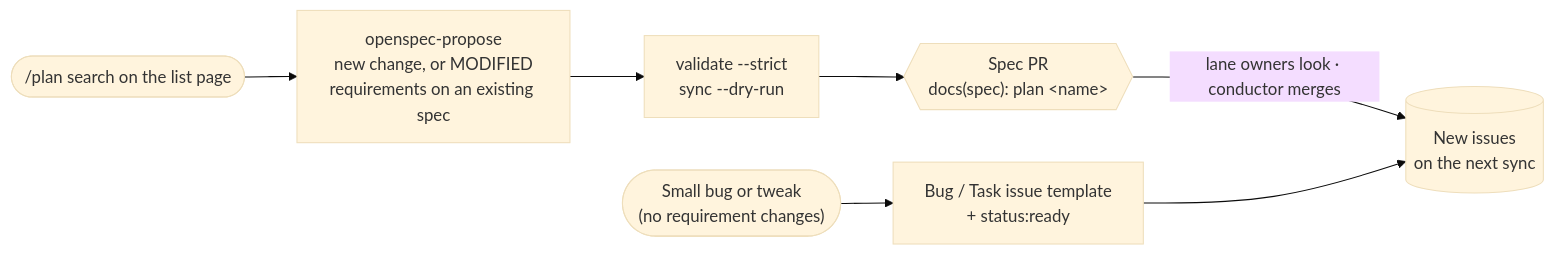
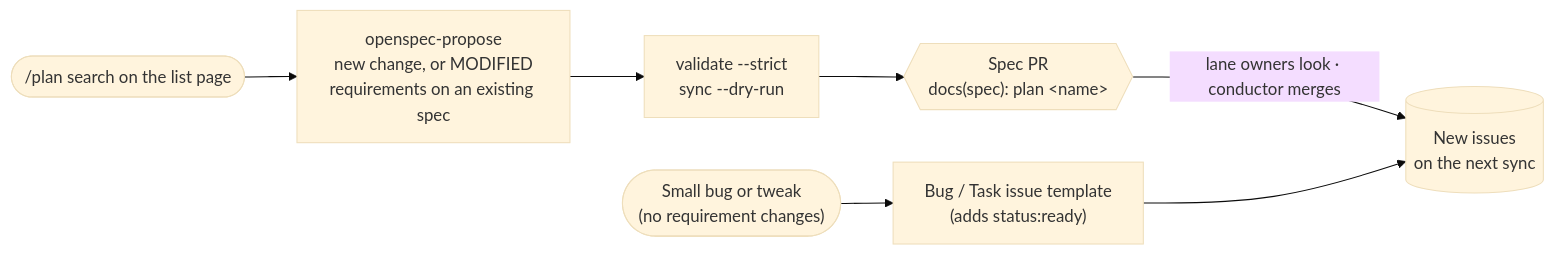
The sixth of 6 diagrams in README.md (KKogaa/hackathon-sdlc-kit), drawn with Mermaid (base theme) before and after one commit. The commit also changed other lines of this file and 3 other files, not shown here.

````diff
--- a/README.md
+++ b/README.md
@@ -262,10 +263,10 @@
 ```mermaid
 flowchart LR
     ask(["/plan search on the list page"]) --> propose["openspec-propose<br/>new change, or MODIFIED<br/>requirements on an existing spec"]
     propose --> check["validate --strict<br/>sync --dry-run"]
     check --> pr{{"Spec PR<br/>docs(spec): plan &lt;name&gt;"}}
     pr -- "lane owners look · conductor merges" --> issues[("New issues<br/>on the next sync")]
 
-    bug(["Small bug or tweak<br/>(no requirement changes)"]) --> template["Bug / Task issue template<br/>+ status:ready"]
+    bug(["Small bug or tweak<br/>(no requirement changes)"]) --> template["Bug / Task issue template<br/>(adds status:ready)"]
     template --> issues
 ```
````
